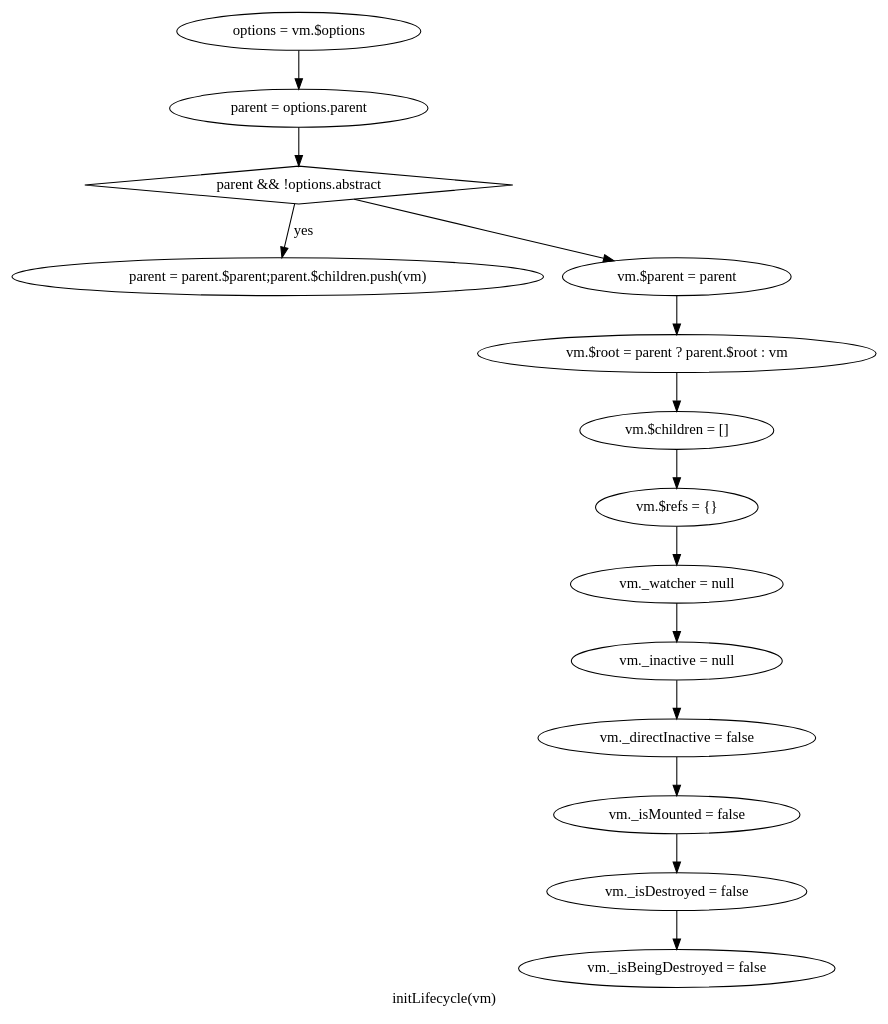
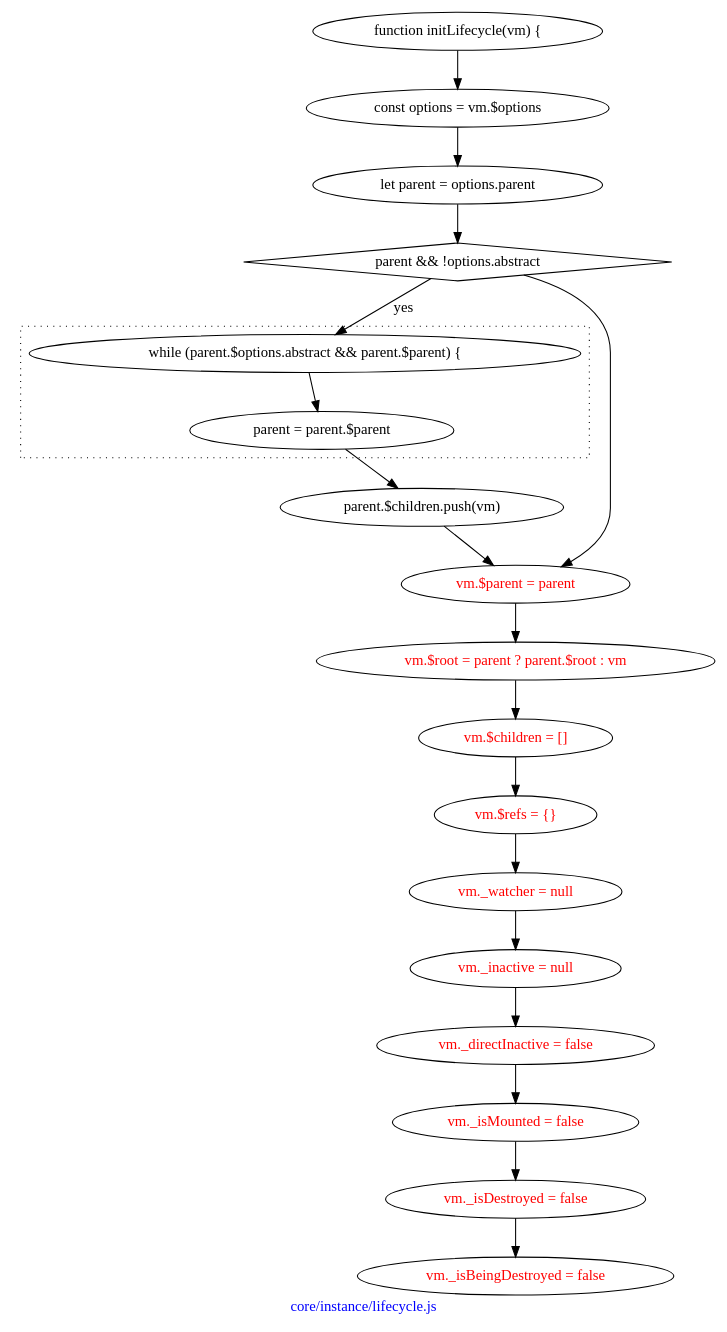
One commit to ltaoo/vueSourceAnalysis changed the diagram in initLifecycle.gv. Above: the diagram before and after it, drawn with Graphviz. The commit also changed 17 other files, not shown here.

```diff
--- a/initLifecycle.gv
+++ b/initLifecycle.gv
@@ -1,62 +1,91 @@
 digraph G {
-    label="initLifecycle(vm)"
-
-    getOptions [
-        label="options = vm.$options"
+    graph[
+        label="core/instance/lifecycle.js"
+        fontcolor=blue
     ]
 
+    start [
+        label="function initLifecycle(vm) {"
+    ]
+    varOptions [
+        label="const options = vm.$options"
+    ]
+    start -> varOptions
+    varParent [
+        label="let parent = options.parent"
+    ]
+    varOptions -> varParent
     hasParent [
         label="parent && !options.abstract"
         shape=diamond
     ]
+    varParent -> hasParent
+    hasParent -> while [label="yes"]
+    subgraph cluster_while {
+        label=""
+        graph [style=dotted]
+        while [
+            label="while (parent.$options.abstract && parent.$parent) {"
+        ]
+        resetParent [
+            label="parent = parent.$parent"
+        ]
+        while -> resetParent
+    }
 
-    getParent [
-        label="parent = options.parent"
+    pushVm [
+        label="parent.$children.push(vm)"
     ]
-    getOptions -> getParent
-    getParent -> hasParent
-    resetParent [
-        label="parent = parent.$parent;parent.$children.push(vm)"
-    ]
-    hasParent -> resetParent [label="yes"]
+    resetParent -> pushVm
     setParent [
         label="vm.$parent = parent"
+        fontcolor=red
     ]
+    pushVm -> setParent
     hasParent -> setParent
     setRoot [
         label="vm.$root = parent ? parent.$root : vm"
+        fontcolor=red
     ]
     setParent -> setRoot
     initChildren [
         label="vm.$children = []"
+        fontcolor=red
     ]
     setRoot -> initChildren
     initRefs [
         label="vm.$refs = {}"
+        fontcolor=red
     ]
     initChildren -> initRefs
     initWatcher [
         label="vm._watcher = null"
+        fontcolor=red
     ]
     initRefs -> initWatcher
     initInactive [
         label="vm._inactive = null"
+        fontcolor=red
     ]
     initWatcher -> initInactive
     initDirectInactive [
         label="vm._directInactive = false"
+        fontcolor=red
     ]
     initInactive -> initDirectInactive
     initIsMounted [
         label="vm._isMounted = false"
+        fontcolor=red
     ]
     initDirectInactive -> initIsMounted
     initIsDestroyed [
         label="vm._isDestroyed = false"
+        fontcolor=red
     ]
     initIsMounted -> initIsDestroyed
     initIsBeingDestroyed [
         label="vm._isBeingDestroyed = false"
+        fontcolor=red
     ]
     initIsDestroyed -> initIsBeingDestroyed
 }
```
